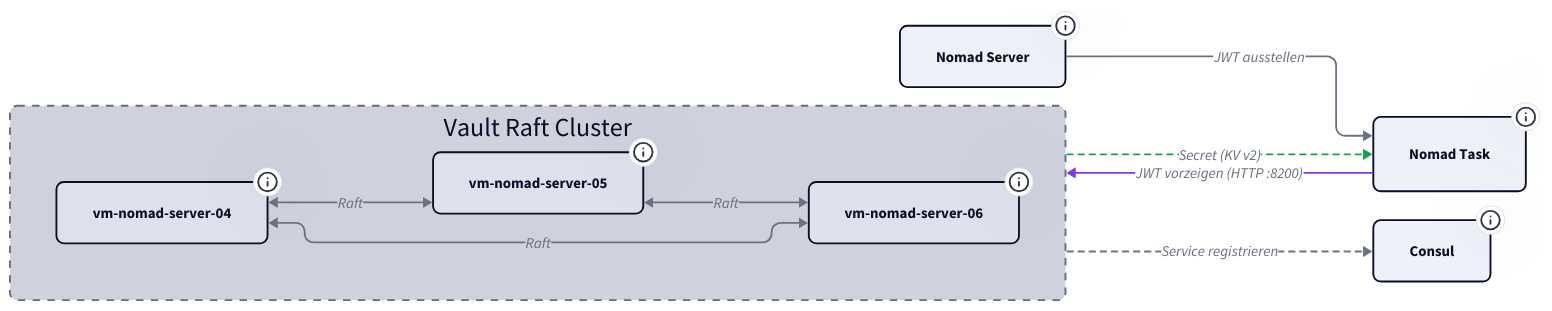
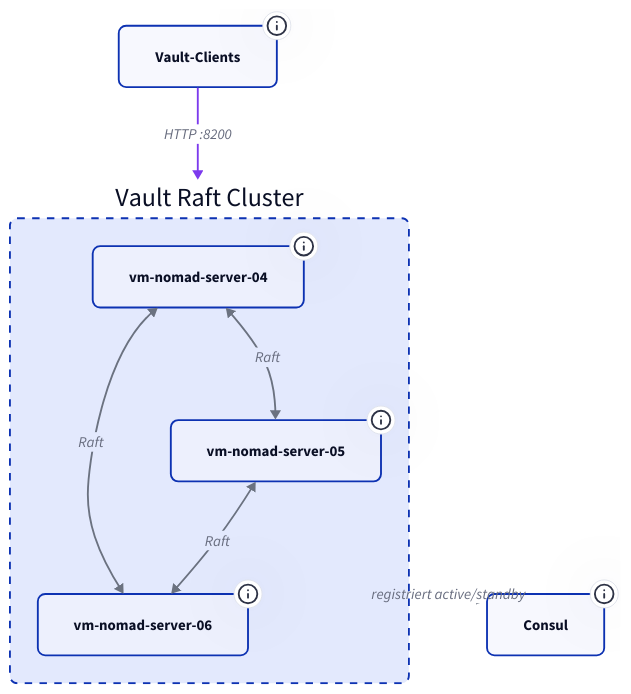
One commit to derever-labs/homelab-wiki changed the first of 2 diagrams in docs/vault/index.md. Above: the diagram before and after it, drawn with D2. The commit also changed other lines of this file and 9 other files, not shown here.

First line of the commit message:
docs(infrastruktur): Diagramme fuer TALA ueberarbeiten (Batch B2) (#100)

````diff
--- a/docs/vault/index.md
+++ b/docs/vault/index.md
@@ -35,78 +35,56 @@
 ```d2
-vars: {
-  d2-config: {
-    theme-id: 1
-    layout-engine: elk
-  }
-}
-
 classes: {
   node: { style: { border-radius: 8 } }
   container: { style: { border-radius: 8; stroke-dash: 4 } }
 }
-
-direction: right
 
 raft: Vault Raft Cluster {
   class: container
 
   V1: vm-nomad-server-04 {
     class: node
     tooltip: "10.0.2.104 | Port 8200 (API) / 8201 (Cluster)"
   }
   V2: vm-nomad-server-05 {
     class: node
     tooltip: "10.0.2.105 | Port 8200 (API) / 8201 (Cluster)"
   }
   V3: vm-nomad-server-06 {
     class: node
     tooltip: "10.0.2.106 | Port 8200 (API) / 8201 (Cluster)"
   }
 
   V1 <-> V2: Raft {
     style.stroke: "#6b7280"
     tooltip: "Port 8201 | Datenreplikation und Leader Election"
   }
   V2 <-> V3: Raft {
     style.stroke: "#6b7280"
     tooltip: "Port 8201 | Datenreplikation und Leader Election"
   }
   V3 <-> V1: Raft {
     style.stroke: "#6b7280"
     tooltip: "Port 8201 | Datenreplikation und Leader Election"
   }
 }
 
-Nomad: Nomad Server {
+clients: Vault-Clients {
   class: node
-  tooltip: "Stellt JWT für Workload Identity aus"
-}
-
-NJ: Nomad Task {
-  class: node
-  tooltip: "Container mit vault-Stanza und identity-Block"
+  tooltip: "Nomad Tasks (Workload Identity, Ablauf siehe unten), Admin-CLI"
 }
 
 Consul: Consul {
   class: node
-  tooltip: "Service Discovery für active.vault"
+  tooltip: "Service Discovery: vault.service.consul und active.vault"
 }
 
-Nomad -> NJ: JWT ausstellen {
-  style.stroke: "#6b7280"
+clients -> raft: HTTP :8200 {
+  style.stroke: "#7c3aed"
+  tooltip: "Zugriff über vault.service.consul -- kein fest verdrahteter Node"
 }
-NJ -> raft: JWT vorzeigen (HTTP :8200) {
-  style.stroke: "#7c3aed"
-  tooltip: "Task authentifiziert sich mit dem JWT"
-}
-raft -> NJ: Secret (KV v2) {
-  style.stroke: "#16a34a"
-  style.stroke-dash: 3
-  tooltip: "Vault liefert Secrets aus dem Job-spezifischen KV-Pfad"
-}
-raft -> Consul: Service registrieren {
+raft -> Consul: registriert active/standby {
   style.stroke: "#6b7280"
   style.stroke-dash: 3
-  tooltip: "Vault registriert sich als active/standby in Consul"
+  tooltip: "Jeder Node meldet seinen Zustand, Consul löst auf den aktiven Leader auf"
 }
 ```
````
